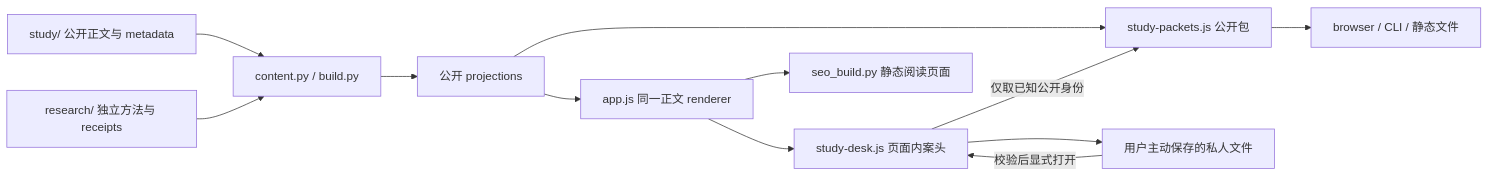
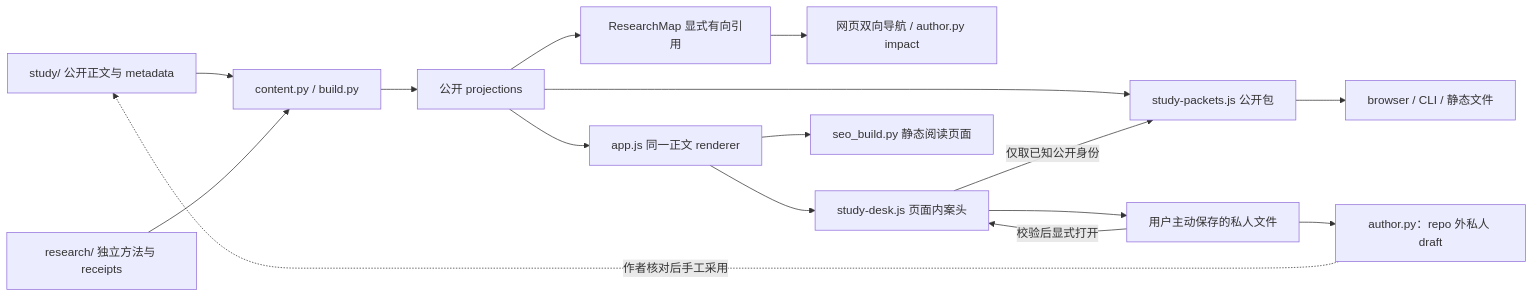
The diagram in docs/research-system.md (IndelibleVivi/agent-memory-study), drawn with Mermaid before and after one commit. The commit also changed other lines of this file and 22 other files, not shown here.

````diff
--- a/docs/research-system.md
+++ b/docs/research-system.md
@@ -20,14 +20,18 @@
 ```mermaid
 flowchart LR
   S["study/ 公开正文与 metadata"] --> C["content.py / build.py"]
   R["research/ 独立方法与 receipts"] --> C
   C --> D["公开 projections"]
+  D --> G["ResearchMap 显式有向引用"]
+  G --> I["网页双向导航 / author.py impact"]
   D --> V["app.js 同一正文 renderer"]
   D --> P["study-packets.js 公开包"]
   V --> W["study-desk.js 页面内案头"]
   W --> F["用户主动保存的私人文件"]
   F -->|"校验后显式打开"| W
+  F --> A["author.py：repo 外私人 draft"]
+  A -.->|"作者核对后手工采用"| S
   W -->|"仅取已知公开身份"| P
   P --> X["browser / CLI / 静态文件"]
   V --> H["seo_build.py 静态阅读页面"]
 ```
````
